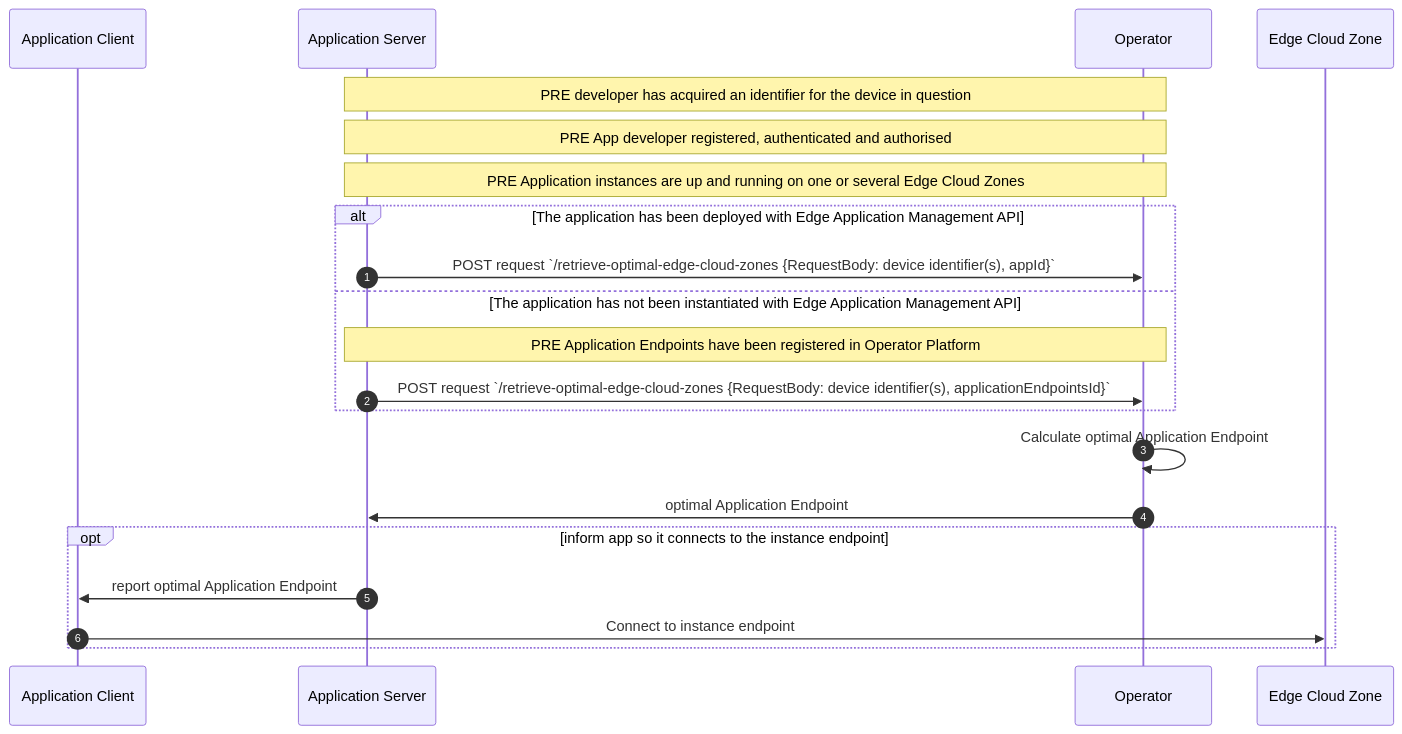
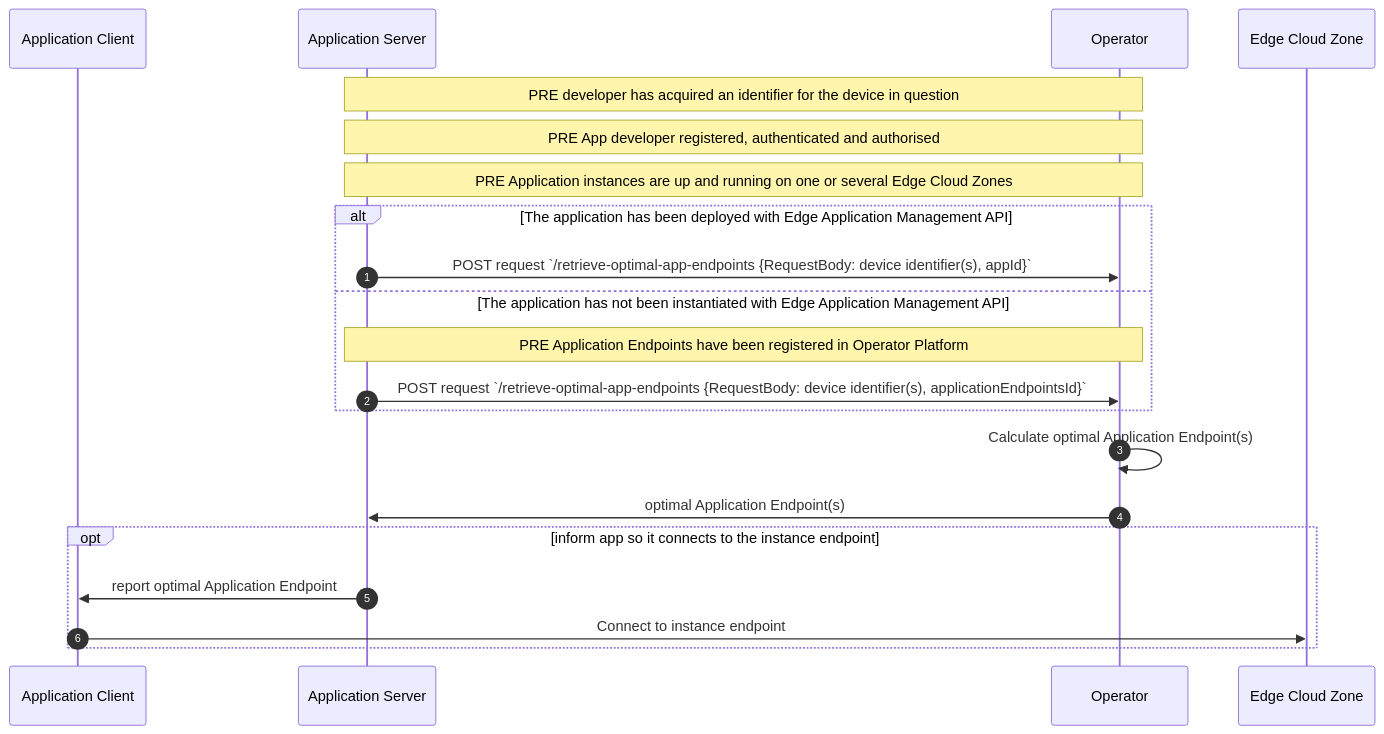
The second of 2 diagrams in documentation/SupportingDocuments/API_Documentation/User Stories/Application Endpoint Discovery User Story.md (camaraproject/EdgeCloud), drawn with Mermaid before and after one commit. The commit also changed other lines of this file and 3 other files, not shown here.

````diff
--- a/documentation/SupportingDocuments/API_Documentation/User Stories/Application Endpoint Discovery User Story.md
+++ b/documentation/SupportingDocuments/API_Documentation/User Stories/Application Endpoint Discovery User Story.md
@@ -59,23 +63,23 @@
 ```mermaid
 sequenceDiagram
     autonumber
     participant Application Client
     participant Application Server
     participant Operator    
     participant Edge Cloud Zone
     Note over Application Server, Operator: PRE developer has acquired an identifier for the device in question
     Note over Application Server, Operator: PRE App developer registered, authenticated and authorised
     Note over Application Server, Operator: PRE Application instances are up and running on one or several Edge Cloud Zones
     alt The application has been deployed with Edge Application Management API
-         Application Server->>Operator: POST request `/retrieve-optimal-edge-cloud-zones {RequestBody: device identifier(s), appId}`
+      Application Server->>Operator: POST request `/retrieve-optimal-app-endpoints {RequestBody: device identifier(s), appId}`
     else The application has not been instantiated with Edge Application Management API
       Note over Application Server,Operator: PRE Application Endpoints have been registered in Operator Platform
-      Application Server->>Operator: POST request `/retrieve-optimal-edge-cloud-zones {RequestBody: device identifier(s), applicationEndpointsId}`
+      Application Server->>Operator: POST request `/retrieve-optimal-app-endpoints {RequestBody: device identifier(s), applicationEndpointsId}`
     end   
-    Operator->>Operator: Calculate optimal Application Endpoint	    
-    Operator->>Application Server: optimal Application Endpoint 
+    Operator->>Operator: Calculate optimal Application Endpoint(s)
+    Operator->>Application Server: optimal Application Endpoint(s)
     opt inform app so it connects to the instance endpoint
-     Application Server->>Application Client: report optimal Application Endpoint
-     Application Client->>Edge Cloud Zone: Connect to instance endpoint
+      Application Server->>Application Client: report optimal Application Endpoint
+      Application Client->>Edge Cloud Zone: Connect to instance endpoint
     end
 ```
````
